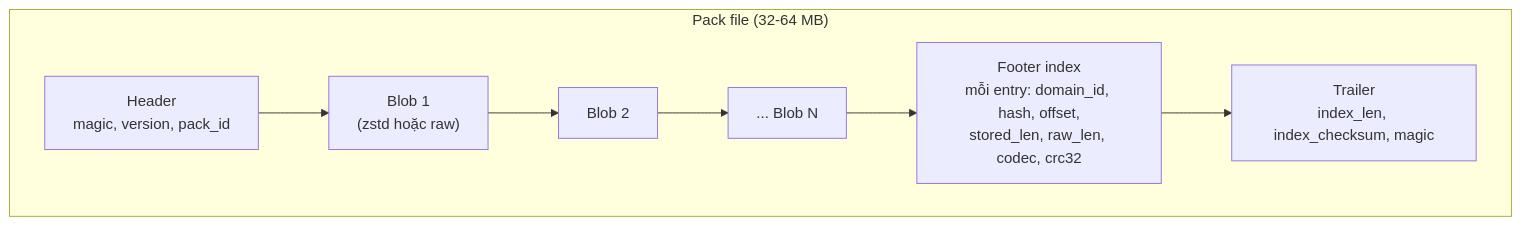
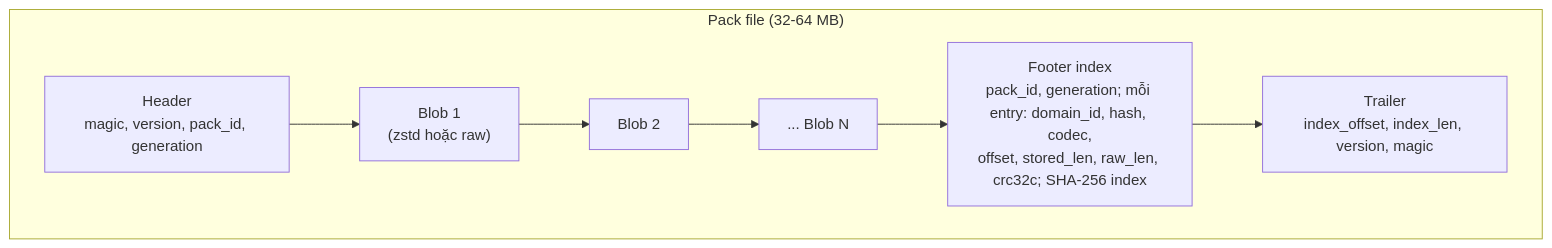
The third of 12 diagrams in docs/dedup-storage-gateway-architecture.md (KinasTomes/miles), drawn with Mermaid before and after one commit. The commit also changed other lines of this file and 9 other files, not shown here.

````diff
--- a/docs/dedup-storage-gateway-architecture.md
+++ b/docs/dedup-storage-gateway-architecture.md
@@ -232,11 +232,11 @@
 ```mermaid
 flowchart LR
     subgraph PK["Pack file (32-64 MB)"]
         direction LR
-        H["Header<br/>magic, version, pack_id"] --> B1["Blob 1<br/>(zstd hoặc raw)"]
+        H["Header<br/>magic, version, pack_id, generation"] --> B1["Blob 1<br/>(zstd hoặc raw)"]
         B1 --> B2["Blob 2"]
         B2 --> BN["... Blob N"]
-        BN --> F["Footer index<br/>mỗi entry: domain_id, hash, offset,<br/>stored_len, raw_len, codec, crc32"]
-        F --> T["Trailer<br/>index_len, index_checksum, magic"]
+        BN --> F["Footer index<br/>pack_id, generation; mỗi entry: domain_id, hash, codec,<br/>offset, stored_len, raw_len, crc32c; SHA-256 index"]
+        F --> T["Trailer<br/>index_offset, index_len, version, magic"]
     end
 ```
````
